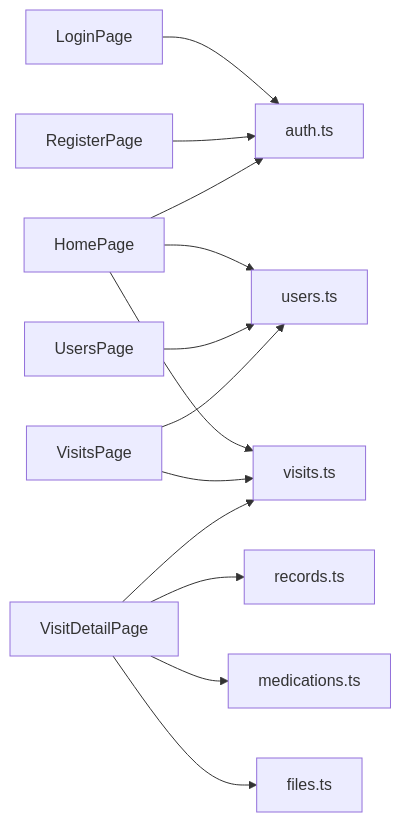
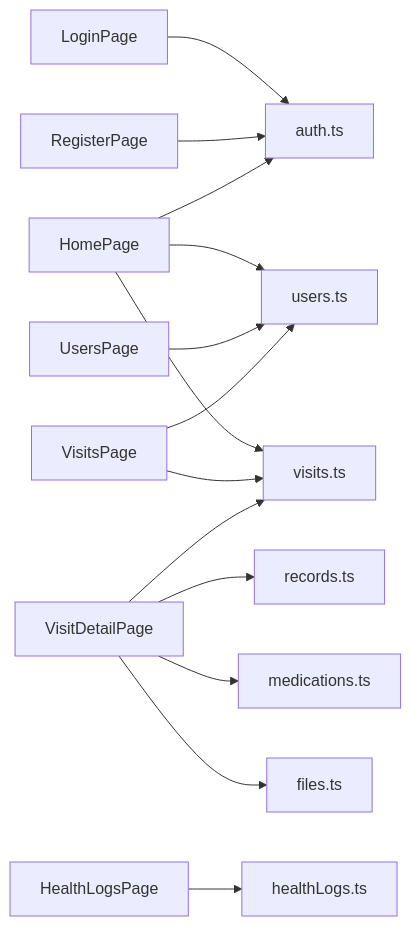
One commit to ayxixi/medical-system changed the sixth of 8 diagrams in docs/ARCHITECTURE.md. Above: the diagram before and after it, drawn with Mermaid. The commit also changed other lines of this file and 27 other files, not shown here.

````diff
--- a/docs/ARCHITECTURE.md
+++ b/docs/ARCHITECTURE.md
@@ -394,15 +403,16 @@
 ```mermaid
 flowchart LR
   Login[LoginPage] --> AuthApi[auth.ts]
   Register[RegisterPage] --> AuthApi
   Home[HomePage] --> AuthApi
   Home --> UsersApi[users.ts]
   Home --> VisitsApi[visits.ts]
   Users[UsersPage] --> UsersApi
   Visits[VisitsPage] --> UsersApi
   Visits --> VisitsApi
   VisitDetail[VisitDetailPage] --> VisitsApi
   VisitDetail --> RecordsApi[records.ts]
   VisitDetail --> MedicationsApi[medications.ts]
   VisitDetail --> FilesApi[files.ts]
+  HealthLogs[HealthLogsPage] --> HealthLogsApi[healthLogs.ts]
 ```
````
